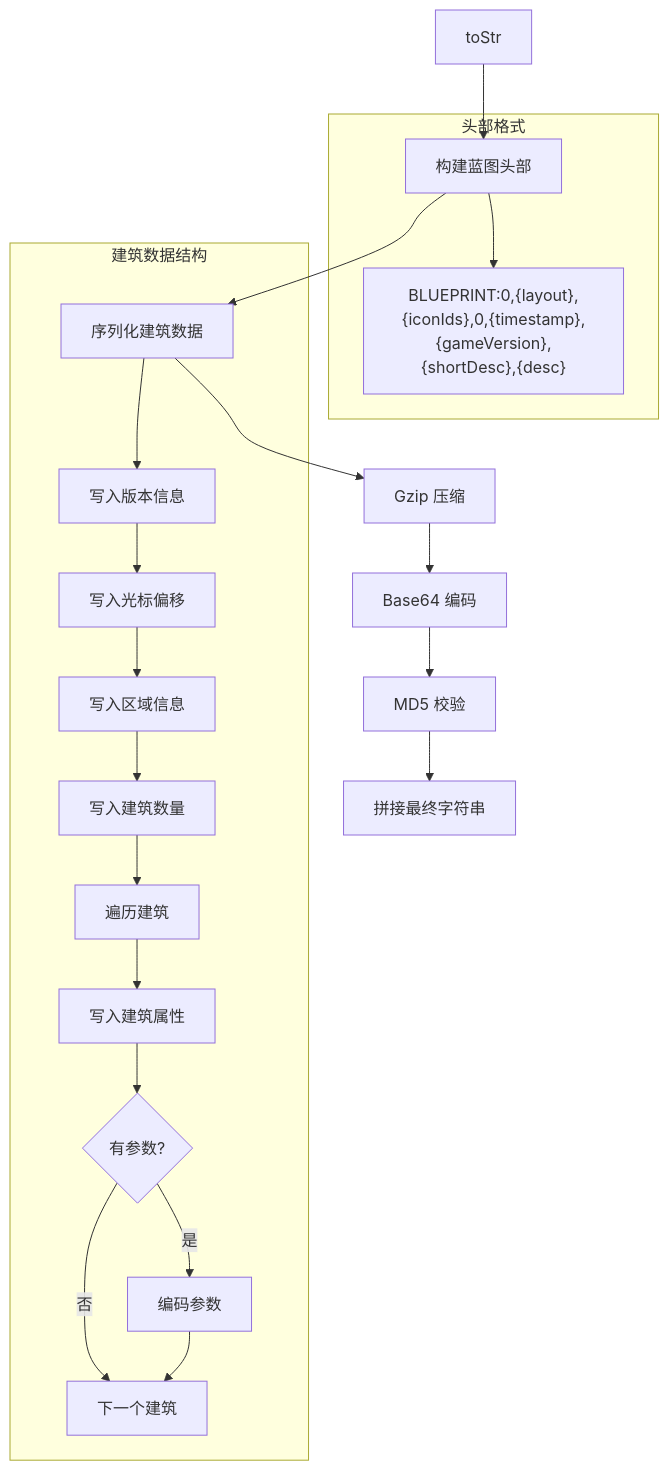
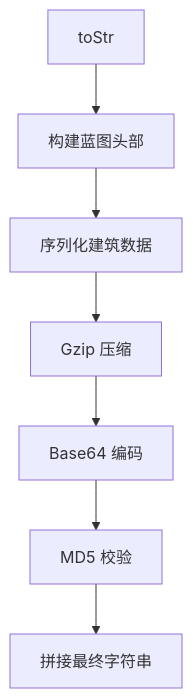
Before and after one commit to 793383996/DSQ: the third of 3 diagrams in Scripts/localDocs/蓝图说明.md, drawn with Mermaid. The commit also changed other lines of this file and 7 other files, not shown here.

First line of the commit message:
feat: 实现蓝图堆叠模块(方案A)和完整文档

````diff
--- a/Scripts/localDocs/蓝图说明.md
+++ b/Scripts/localDocs/蓝图说明.md
@@ -402,26 +1063,9 @@
 ```mermaid
 flowchart TD
     A[toStr] --> B[构建蓝图头部]
     B --> C[序列化建筑数据]
     C --> D[Gzip 压缩]
     D --> E[Base64 编码]
     E --> F[MD5 校验]
     F --> G[拼接最终字符串]
-    
-    subgraph 头部格式
-        B --> B1["BLUEPRINT:0,{layout},{iconIds},0,{timestamp},{gameVersion},{shortDesc},{desc}"]
-    end
-    
-    subgraph 建筑数据结构
-        C --> C1[写入版本信息]
-        C1 --> C2[写入光标偏移]
-        C2 --> C3[写入区域信息]
-        C3 --> C4[写入建筑数量]
-        C4 --> C5[遍历建筑]
-        C5 --> C6[写入建筑属性]
-        C6 --> C7{有参数?}
-        C7 -->|是| C8[编码参数]
-        C7 -->|否| C9[下一个建筑]
-        C8 --> C9
-    end
 ```
````
